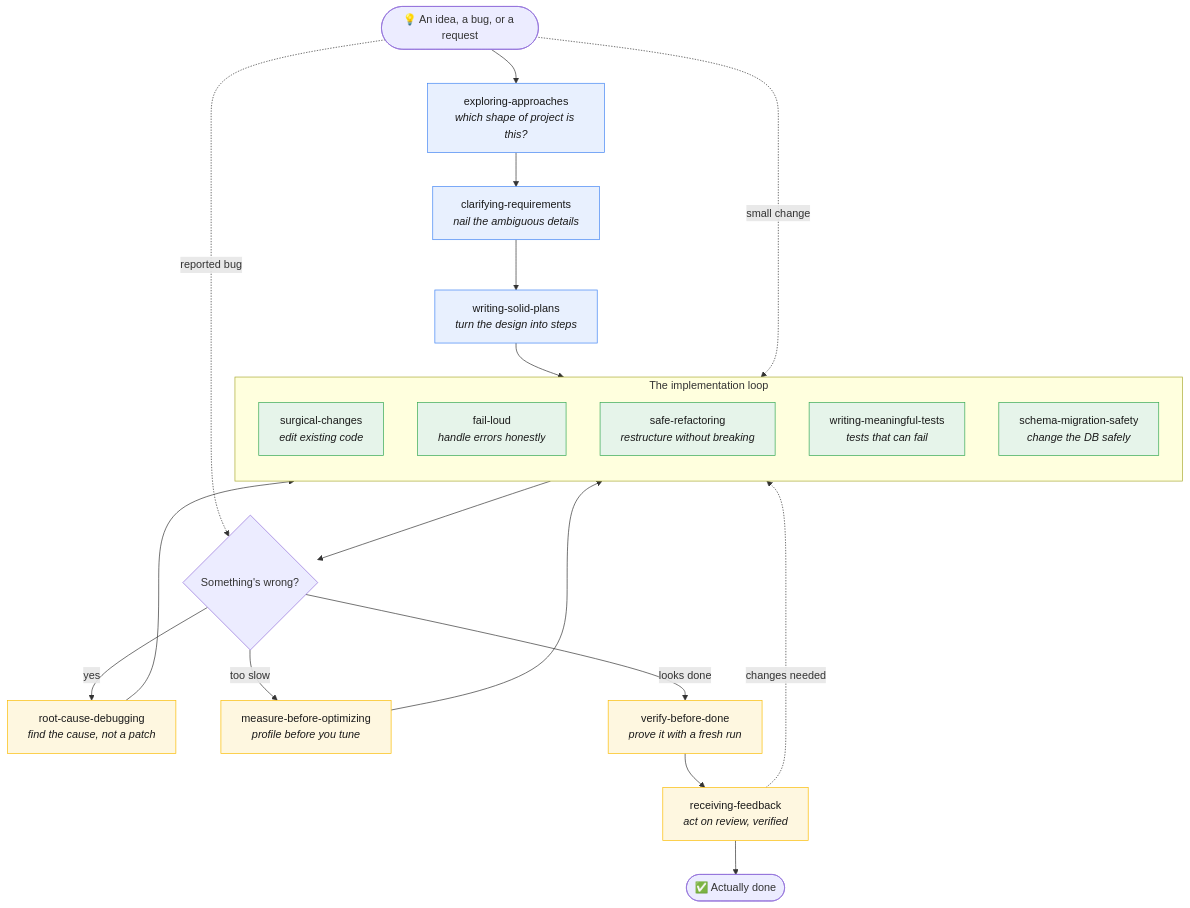
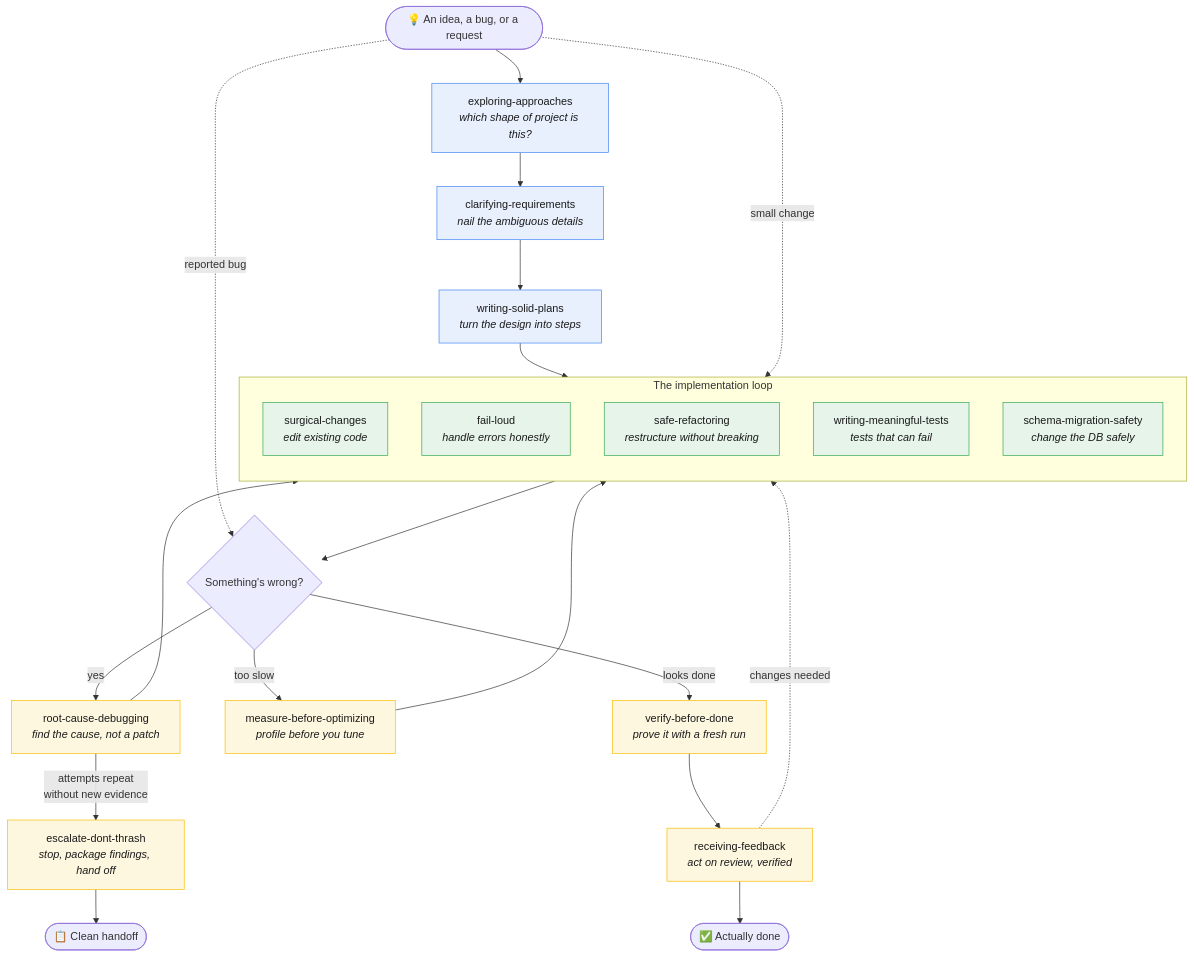
One commit to yuchi-chang/no-cape changed the diagram in README.md. Above: the diagram before and after it, drawn with Mermaid. The commit also changed other lines of this file and 9 other files, not shown here.

````diff
--- a/README.md
+++ b/README.md
@@ -33,39 +34,41 @@
 ```mermaid
 flowchart TD
     Idea([💡 An idea, a bug, or a request])
 
     Idea --> Explore[exploring-approaches<br/><i>which shape of project is this?</i>]
     Explore --> Clarify[clarifying-requirements<br/><i>nail the ambiguous details</i>]
     Clarify --> Plan[writing-solid-plans<br/><i>turn the design into steps</i>]
 
     Plan --> Loop
     Idea -.->|small change| Loop
 
     subgraph Loop ["The implementation loop"]
         direction TB
         Surgical[surgical-changes<br/><i>edit existing code</i>]
         FailLoud[fail-loud<br/><i>handle errors honestly</i>]
         Refactor[safe-refactoring<br/><i>restructure without breaking</i>]
         Tests[writing-meaningful-tests<br/><i>tests that can fail</i>]
         Schema[schema-migration-safety<br/><i>change the DB safely</i>]
     end
 
     Loop --> Debug{Something's wrong?}
     Idea -.->|reported bug| Debug
     Debug -->|yes| RCD[root-cause-debugging<br/><i>find the cause, not a patch</i>]
     RCD --> Loop
+    RCD -->|attempts repeat<br/>without new evidence| Esc[escalate-dont-thrash<br/><i>stop, package findings, hand off</i>]
+    Esc --> Handoff([📋 Clean handoff])
     Debug -->|too slow| Measure[measure-before-optimizing<br/><i>profile before you tune</i>]
     Measure --> Loop
 
     Debug -->|looks done| Verify[verify-before-done<br/><i>prove it with a fresh run</i>]
     Verify --> Feedback[receiving-feedback<br/><i>act on review, verified</i>]
     Feedback -.->|changes needed| Loop
     Feedback --> Done([✅ Actually done])
 
     classDef front fill:#e8f0fe,stroke:#4285f4,color:#1a1a1a;
     classDef impl fill:#e6f4ea,stroke:#34a853,color:#1a1a1a;
     classDef check fill:#fef7e0,stroke:#fbbc04,color:#1a1a1a;
     class Explore,Clarify,Plan front;
     class Surgical,FailLoud,Refactor,Tests,Schema impl;
-    class RCD,Measure,Verify,Feedback check;
+    class RCD,Esc,Measure,Verify,Feedback check;
 ```
````
